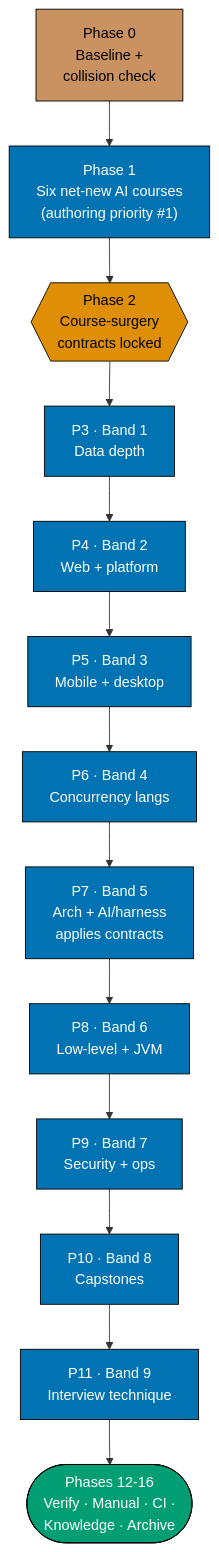
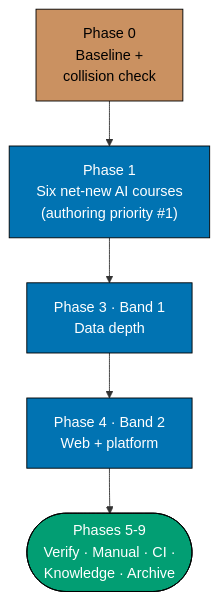
The fifth of 5 diagrams in plans/in-progress/ayokoding-learning-path-04-course-authoring/tech-docs.md (wahidyankf/open-sharia-fintech), drawn with Mermaid before and after one commit. The commit also changed other lines of this file and 185 other files, not shown here.

First line of the commit message:
docs(plans): split course-authoring and skills plans into 15 sub-plans of 5-15 courses each

````diff
--- a/plans/in-progress/ayokoding-learning-path-04-course-authoring/tech-docs.md
+++ b/plans/in-progress/ayokoding-learning-path-04-course-authoring/tech-docs.md
@@ -378,26 +387,17 @@
 ```mermaid
 %% Phase progression. Each band is its own phase with its own gate and its own safe stopping point.
-%% Node SHAPE encodes kind: rectangle = authoring phase, hexagon = contract phase, stadium = finalization.
-%% TD required: the plan is a 14-phase chain, so LR depth would far exceed MaxWidth=4.
+%% Node SHAPE encodes kind: rectangle = authoring phase, stadium = finalization.
+%% TD required: the chain is 5 nodes deep, so LR depth would exceed MaxWidth=4.
 flowchart TD
     P0["Phase 0<br/>Baseline +<br/>collision check"]:::setup
     P1["Phase 1<br/>Six net-new AI courses<br/>(authoring priority #1)"]:::author
-    P2{{"Phase 2<br/>Course-surgery<br/>contracts locked"}}:::contract
-    B1["P3 · Band 1<br/>Data depth"]:::author
-    B2["P4 · Band 2<br/>Web + platform"]:::author
-    B3["P5 · Band 3<br/>Mobile + desktop"]:::author
-    B4["P6 · Band 4<br/>Concurrency langs"]:::author
-    B5["P7 · Band 5<br/>Arch + AI/harness<br/>applies contracts"]:::author
-    B6["P8 · Band 6<br/>Low-level + JVM"]:::author
-    B7["P9 · Band 7<br/>Security + ops"]:::author
-    B8["P10 · Band 8<br/>Capstones"]:::author
-    B9["P11 · Band 9<br/>Interview technique"]:::author
-    FIN(["Phases 12-16<br/>Verify · Manual · CI ·<br/>Knowledge · Archive"]):::final
+    B1["Phase 3 · Band 1<br/>Data depth"]:::author
+    B2["Phase 4 · Band 2<br/>Web + platform"]:::author
+    FIN(["Phases 5-9<br/>Verify · Manual · CI ·<br/>Knowledge · Archive"]):::final
 
-    P0 --> P1 --> P2 --> B1 --> B2 --> B3 --> B4 --> B5 --> B6 --> B7 --> B8 --> B9 --> FIN
+    P0 --> P1 --> B1 --> B2 --> FIN
 
     classDef setup fill:#CA9161,stroke:#000000,color:#000000
     classDef author fill:#0173B2,stroke:#000000,color:#FFFFFF
-    classDef contract fill:#DE8F05,stroke:#000000,color:#000000
     classDef final fill:#029E73,stroke:#000000,color:#FFFFFF
 ```
````
